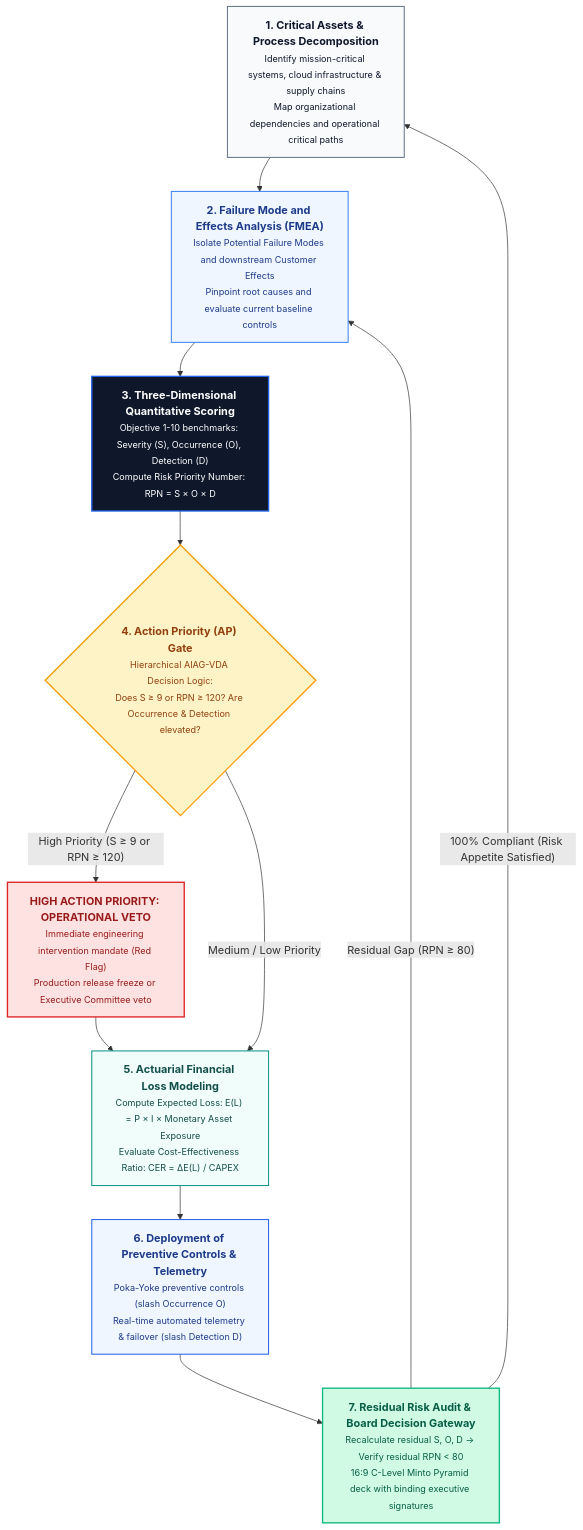
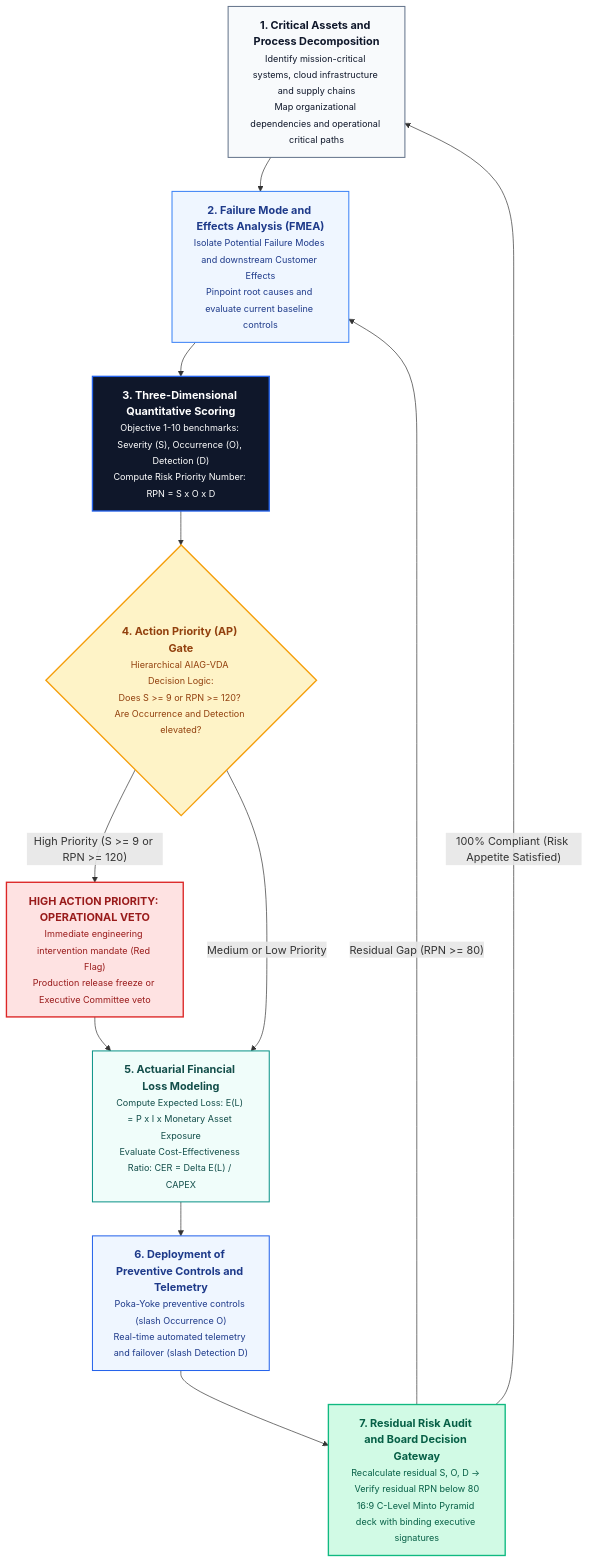
The diagram in content/en/posts/quantitative-risk-matrix-fmea/index.md (Dalaez/datalaria-website), drawn with Mermaid before and after one commit. The commit also changed other lines of this file and 123 other files, not shown here.

```diff
--- a/content/en/posts/quantitative-risk-matrix-fmea/index.md
+++ b/content/en/posts/quantitative-risk-matrix-fmea/index.md
@@ -32,38 +91,38 @@
 {{< mermaid >}}
 flowchart TD
-    A["<b>1. Critical Assets & Process Decomposition</b><br/><small>Identify mission-critical systems, cloud infrastructure & supply chains<br/>Map organizational dependencies and operational critical paths</small>"]
+    A["<b>1. Critical Assets and Process Decomposition</b><br/><small>Identify mission-critical systems, cloud infrastructure and supply chains<br/>Map organizational dependencies and operational critical paths</small>"]
     
     B["<b>2. Failure Mode and Effects Analysis (FMEA)</b><br/><small>Isolate Potential Failure Modes and downstream Customer Effects<br/>Pinpoint root causes and evaluate current baseline controls</small>"]
     
-    C["<b>3. Three-Dimensional Quantitative Scoring</b><br/><small>Objective 1-10 benchmarks: Severity (S), Occurrence (O), Detection (D)<br/>Compute Risk Priority Number: RPN = S &times; O &times; D</small>"]
+    C["<b>3. Three-Dimensional Quantitative Scoring</b><br/><small>Objective 1-10 benchmarks: Severity (S), Occurrence (O), Detection (D)<br/>Compute Risk Priority Number: RPN = S x O x D</small>"]
     
-    D{"<b>4. Action Priority (AP) Gate</b><br/><small>Hierarchical AIAG-VDA Decision Logic:<br/>Does S &ge; 9 or RPN &ge; 120? Are Occurrence & Detection elevated?</small>"}
+    D{"<b>4. Action Priority (AP) Gate</b><br/><small>Hierarchical AIAG-VDA Decision Logic:<br/>Does S >= 9 or RPN >= 120? Are Occurrence and Detection elevated?</small>"}
     
     E["<b>HIGH ACTION PRIORITY: OPERATIONAL VETO</b><br/><small>Immediate engineering intervention mandate (Red Flag)<br/>Production release freeze or Executive Committee veto</small>"]
     
-    F["<b>5. Actuarial Financial Loss Modeling</b><br/><small>Compute Expected Loss: E(L) = P &times; I &times; Monetary Asset Exposure<br/>Evaluate Cost-Effectiveness Ratio: CER = &Delta;E(L) / CAPEX</small>"]
+    F["<b>5. Actuarial Financial Loss Modeling</b><br/><small>Compute Expected Loss: E(L) = P x I x Monetary Asset Exposure<br/>Evaluate Cost-Effectiveness Ratio: CER = Delta E(L) / CAPEX</small>"]
     
-    G["<b>6. Deployment of Preventive Controls & Telemetry</b><br/><small>Poka-Yoke preventive controls (slash Occurrence O)<br/>Real-time automated telemetry & failover (slash Detection D)</small>"]
+    G["<b>6. Deployment of Preventive Controls and Telemetry</b><br/><small>Poka-Yoke preventive controls (slash Occurrence O)<br/>Real-time automated telemetry and failover (slash Detection D)</small>"]
     
-    H["<b>7. Residual Risk Audit & Board Decision Gateway</b><br/><small>Recalculate residual S, O, D &rarr; Verify residual RPN &lt; 80<br/>16:9 C-Level Minto Pyramid deck with binding executive signatures</small>"]
+    H["<b>7. Residual Risk Audit and Board Decision Gateway</b><br/><small>Recalculate residual S, O, D -> Verify residual RPN below 80<br/>16:9 C-Level Minto Pyramid deck with binding executive signatures</small>"]
 
     A --> B
     B --> C
     C --> D
-    D -->|"High Priority (S &ge; 9 or RPN &ge; 120)"| E
+    D -->|"High Priority (S >= 9 or RPN >= 120)"| E
     E --> F
-    D -->|"Medium / Low Priority"| F
+    D -->|"Medium or Low Priority"| F
     F --> G
     G --> H
-    H -->|"Residual Gap (RPN &ge; 80)"| B
+    H -->|"Residual Gap (RPN >= 80)"| B
     H -->|"100% Compliant (Risk Appetite Satisfied)"| A
 
     style A fill:#F8FAFC,stroke:#64748B,stroke-width:1.5px,color:#0F172A
     style B fill:#EFF6FF,stroke:#3B82F6,stroke-width:1.5px,color:#1E3A8A
     style C fill:#0F172A,stroke:#2563EB,stroke-width:2px,color:#FFFFFF
     style D fill:#FEF3C7,stroke:#F59E0B,stroke-width:2px,color:#92400E
     style E fill:#FEE2E2,stroke:#DC2626,stroke-width:2px,color:#991B1B
     style F fill:#F0FDFA,stroke:#0D9488,stroke-width:1.5px,color:#134E4A
     style G fill:#EFF6FF,stroke:#2563EB,stroke-width:1.5px,color:#1E3A8A
     style H fill:#D1FAE5,stroke:#10B981,stroke-width:2px,color:#065F46
 {{< /mermaid >}}
```
